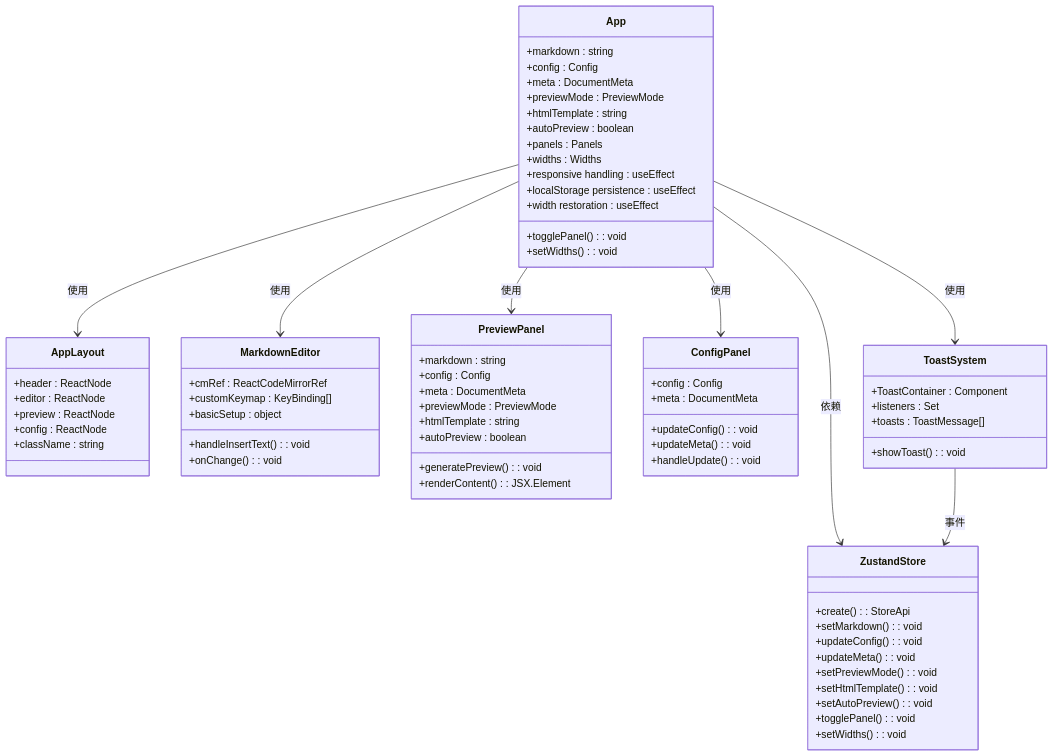
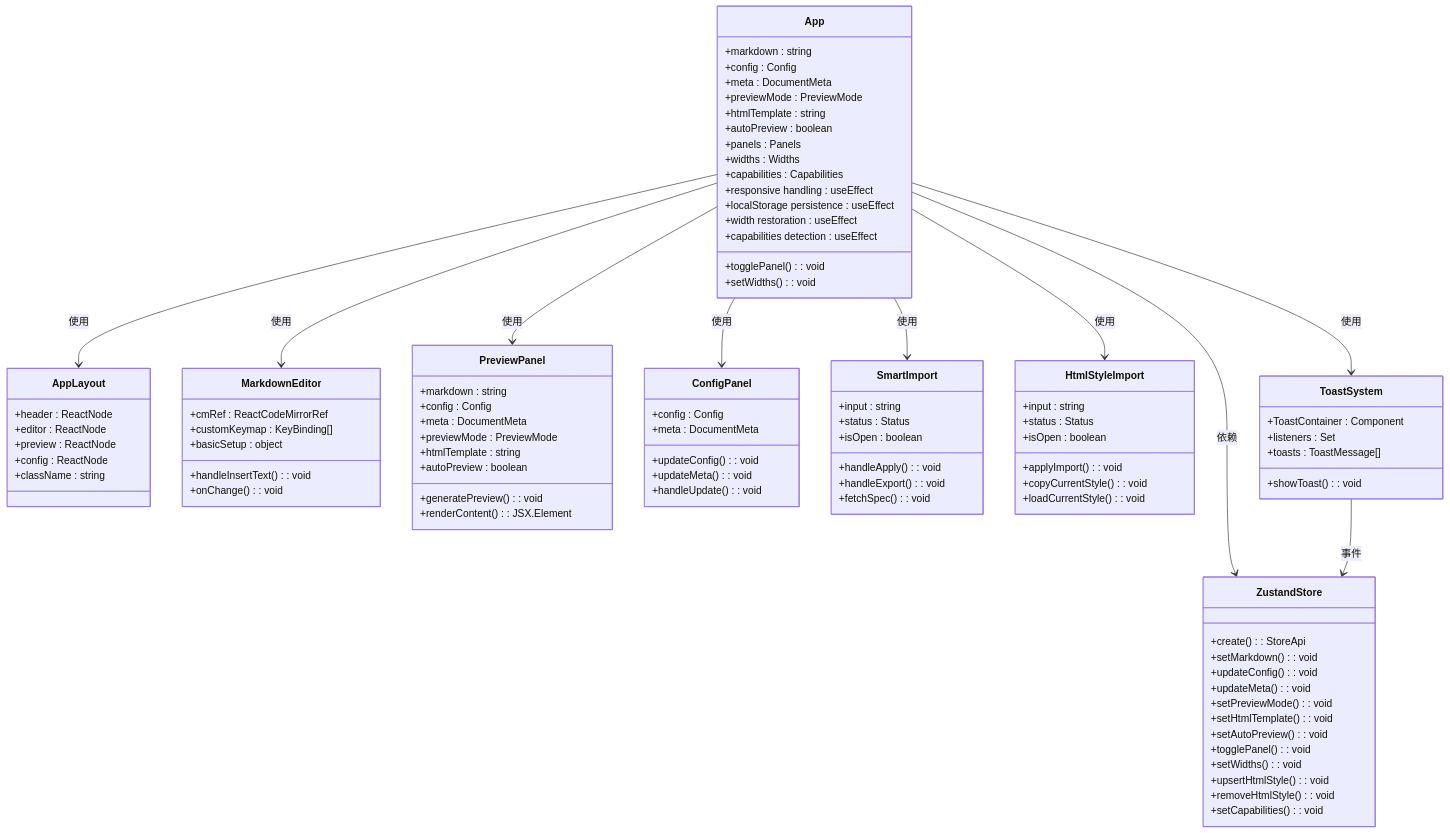
One commit to wanwushelie/markdown-to-word-studio changed the fourth of 15 diagrams in .lingma/repowiki/zh/content/用户指南/前端界面现代化/前端界面现代化.md. Above: the diagram before and after it, drawn with Mermaid. The commit also changed other lines of this file and 82 other files, not shown here.

```diff
--- a/.lingma/repowiki/zh/content/用户指南/前端界面现代化/前端界面现代化.md
+++ b/.lingma/repowiki/zh/content/用户指南/前端界面现代化/前端界面现代化.md
@@ -340,11 +381,13 @@
 +autoPreview : boolean
 +panels : Panels
 +widths : Widths
++capabilities : Capabilities
 +togglePanel() : void
 +setWidths() : void
 +responsive handling : useEffect
 +localStorage persistence : useEffect
 +width restoration : useEffect
++capabilities detection : useEffect
 }
 class AppLayout {
 +header : ReactNode
@@ -377,6 +420,22 @@
 +updateMeta() : void
 +handleUpdate() : void
 }
+class SmartImport {
++input : string
++status : Status
++isOpen : boolean
++handleApply() : void
++handleExport() : void
++fetchSpec() : void
+}
+class HtmlStyleImport {
++input : string
++status : Status
++isOpen : boolean
++applyImport() : void
++copyCurrentStyle() : void
++loadCurrentStyle() : void
+}
 class ToastSystem {
 +showToast() : void
 +ToastContainer : Component
@@ -393,11 +452,16 @@
 +setAutoPreview() : void
 +togglePanel() : void
 +setWidths() : void
++upsertHtmlStyle() : void
++removeHtmlStyle() : void
++setCapabilities() : void
 }
 App --> AppLayout : 使用
 App --> MarkdownEditor : 使用
 App --> PreviewPanel : 使用
 App --> ConfigPanel : 使用
+App --> SmartImport : 使用
+App --> HtmlStyleImport : 使用
 App --> ToastSystem : 使用
 App --> ZustandStore : 依赖
 ToastSystem --> ZustandStore : 事件
```
